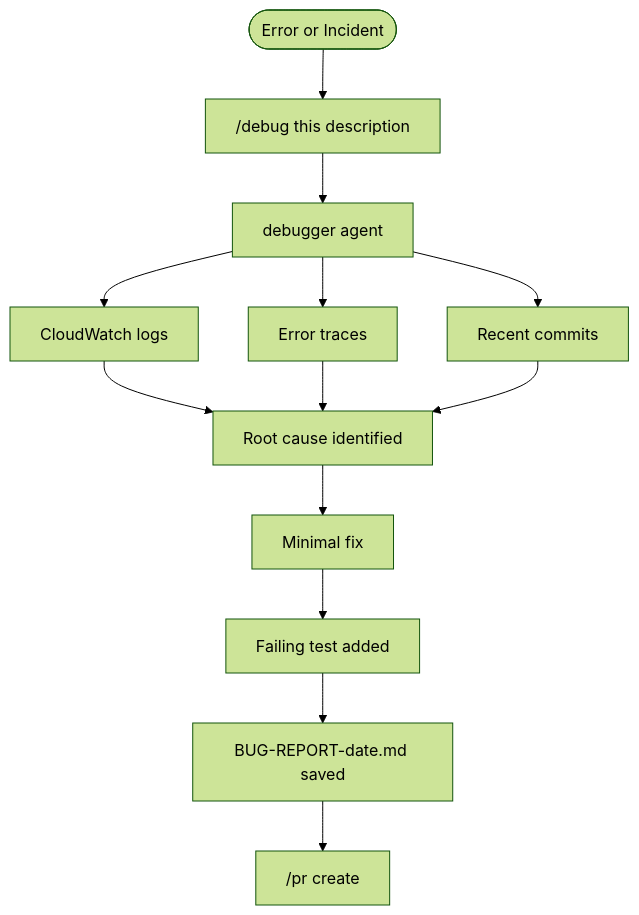
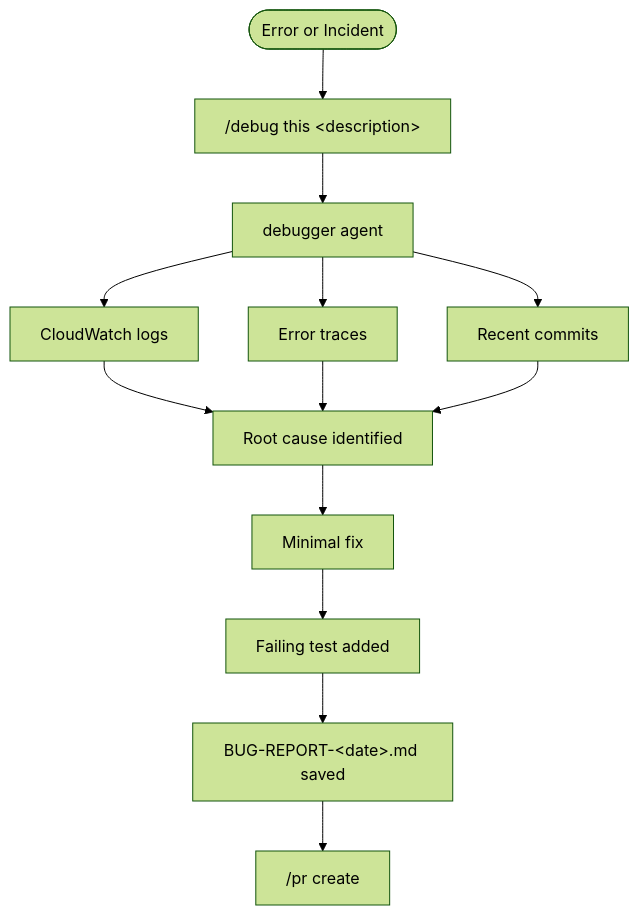
One commit to manikumarkv/devrunway-claude-plugin changed the eighth of 12 diagrams in README.md. Above: the diagram before and after it, drawn with Mermaid (forest theme). The commit also changed other lines of this file, not shown here.

````diff
--- a/README.md
+++ b/README.md
@@ -190,13 +201,13 @@
 ```mermaid
 flowchart TD
-    A([Error or Incident]) --> B["/debug this description"]
+    A([Error or Incident]) --> B["/debug this &lt;description&gt;"]
     B --> C[debugger agent]
     C --> D[CloudWatch logs]
     C --> E[Error traces]
     C --> F[Recent commits]
     D & E & F --> G[Root cause identified]
     G --> H[Minimal fix]
     H --> I[Failing test added]
-    I --> J["BUG-REPORT-date.md saved"]
+    I --> J["BUG-REPORT-&lt;date&gt;.md saved"]
     J --> K["/pr create"]
 ```
````
